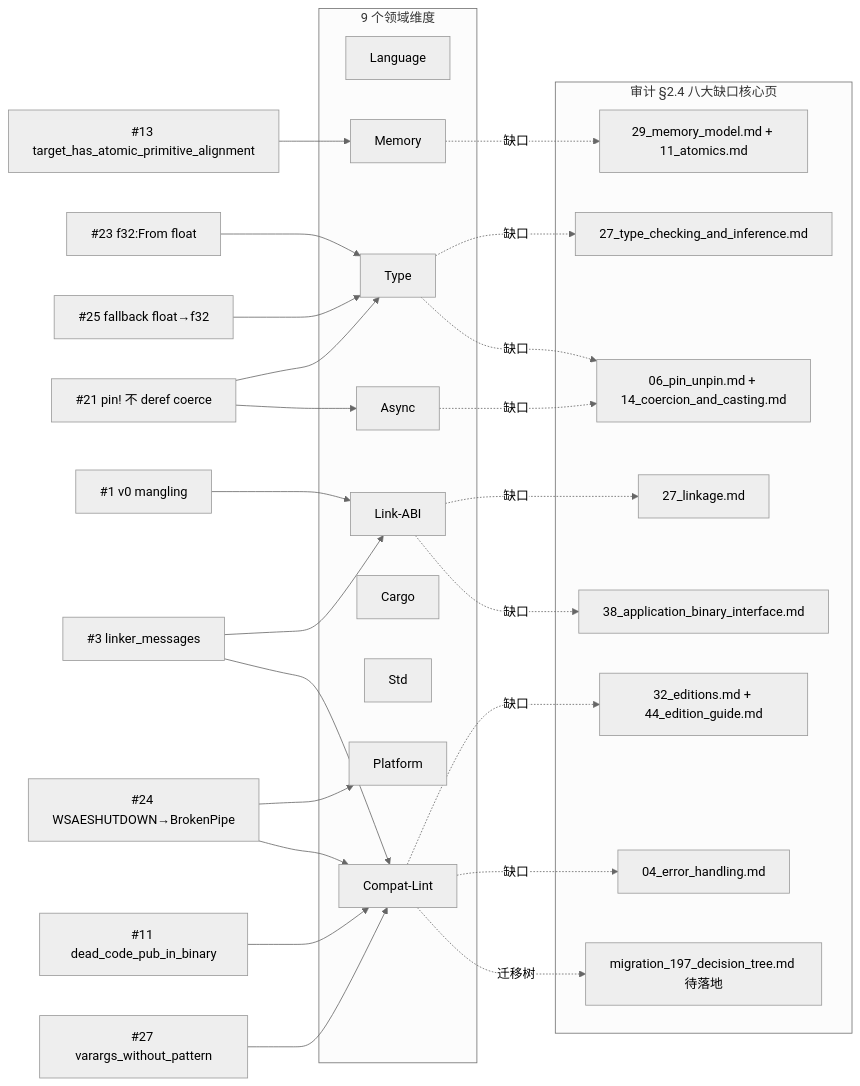
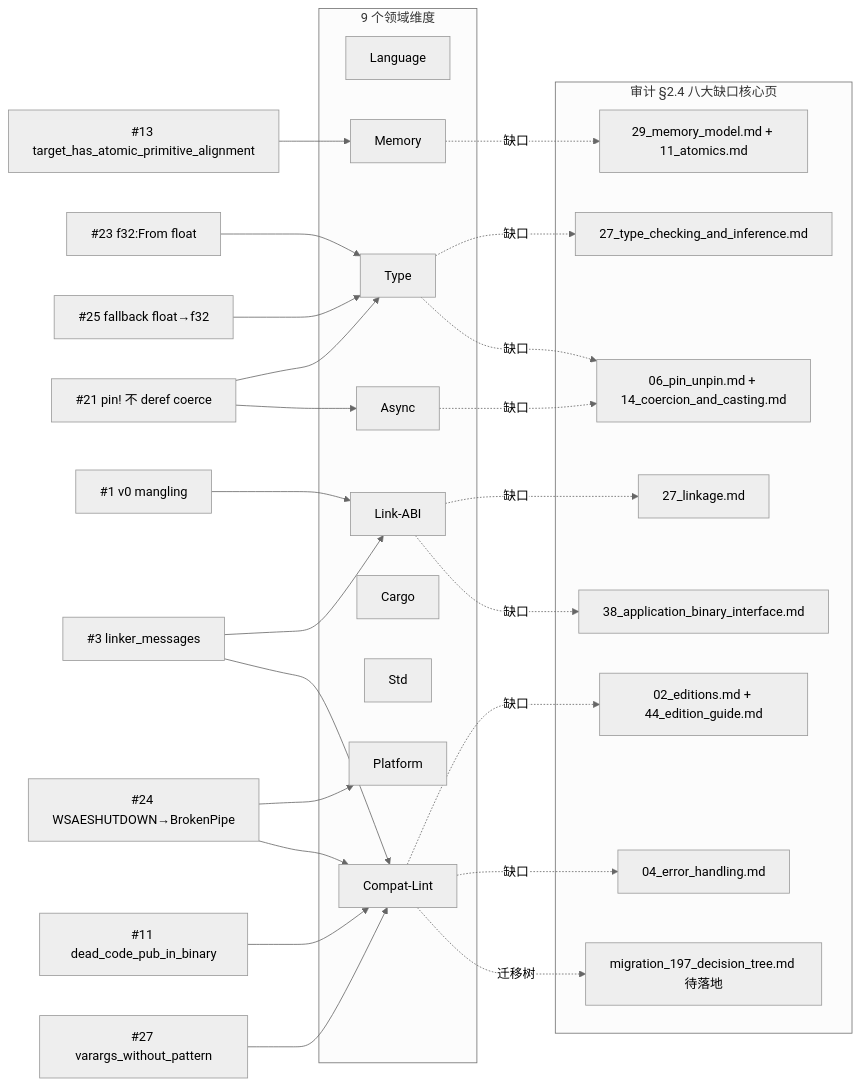
The diagram in concept/07_future/00_version_tracking/feature_domain_matrix_197.md (martin-ly/rust-lang), drawn with Mermaid (neutral theme) before and after one commit. The commit also changed other lines of this file and 1835 other files, not shown here.

````diff
--- a/concept/07_future/00_version_tracking/feature_domain_matrix_197.md
+++ b/concept/07_future/00_version_tracking/feature_domain_matrix_197.md
@@ -91,48 +91,48 @@
 ```mermaid
 flowchart LR
     subgraph D[9 个领域维度]
       L[Language]
       T[Type]
       M[Memory]
       LA[Link-ABI]
       A[Async]
       C[Cargo]
       S[Std]
       P[Platform]
       CL[Compat-Lint]
     end
 
     subgraph G[审计 §2.4 八大缺口核心页]
       G1[27_linkage.md]
       G2[27_type_checking_and_inference.md]
       G3[29_memory_model.md + 11_atomics.md]
       G4[06_pin_unpin.md + 14_coercion_and_casting.md]
       G5[38_application_binary_interface.md]
-      G6[32_editions.md + 44_edition_guide.md]
+      G6[02_editions.md + 44_edition_guide.md]
       G7[04_error_handling.md]
       G8[migration_197_decision_tree.md 待落地]
     end
 
     F1[#1 v0 mangling] --> LA
     F3[#3 linker_messages] --> LA
     F3 --> CL
     F13[#13 target_has_atomic_primitive_alignment] --> M
     F21[#21 pin! 不 deref coerce] --> T
     F21 --> A
     F23[#23 f32:From float] --> T
     F25[#25 fallback float→f32] --> T
     F24[#24 WSAESHUTDOWN→BrokenPipe] --> P
     F24 --> CL
     F11[#11 dead_code_pub_in_binary] --> CL
     F27[#27 varargs_without_pattern] --> CL
 
     LA -.缺口.-> G1
     T -.缺口.-> G2
     M -.缺口.-> G3
     A -.缺口.-> G4
     T -.缺口.-> G4
     LA -.缺口.-> G5
     CL -.缺口.-> G6
     CL -.缺口.-> G7
     CL -.迁移树.-> G8
 ```
````
